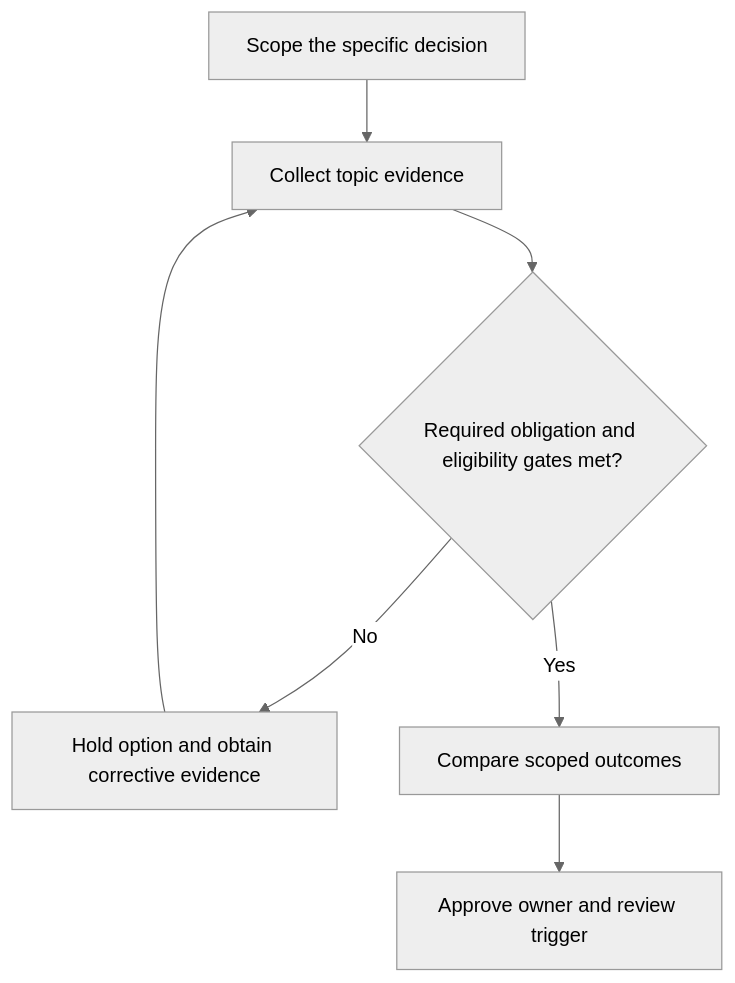
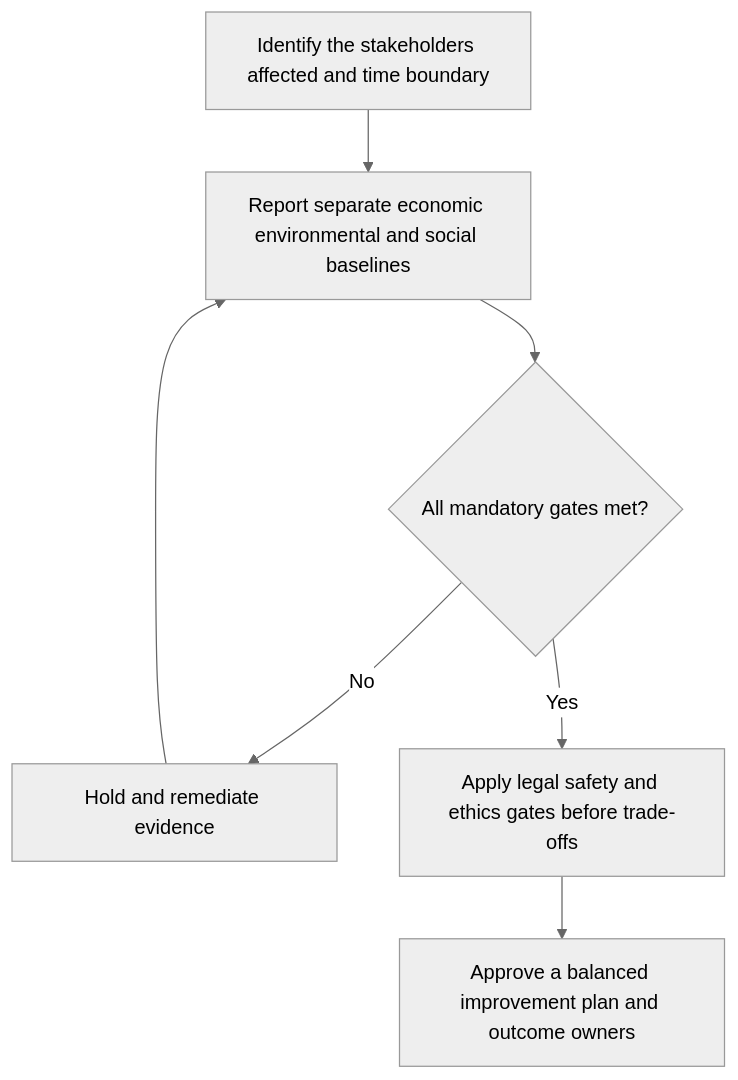
Before and after one commit to theleanx/SupplyChain-Design-Notes: the diagram in 08-optimization-sustainability-technology/section-b-sustainability/01-sustainable-supply-chains-and-triple-bottom-line.md, drawn with Mermaid (neutral theme). The commit also changed other lines of this file and 11 other files, not shown here.

````diff
--- a/08-optimization-sustainability-technology/section-b-sustainability/01-sustainable-supply-chains-and-triple-bottom-line.md
+++ b/08-optimization-sustainability-technology/section-b-sustainability/01-sustainable-supply-chains-and-triple-bottom-line.md
@@ -43,9 +43,9 @@
 ```mermaid
 flowchart TD
-    A[Scope the specific decision] --> B[Collect topic evidence]
-    B --> C{Required obligation and eligibility gates met?}
-    C -- No --> D[Hold option and obtain corrective evidence]
+    A[Identify the stakeholders affected and time boundary] --> B[Report separate economic environmental and social baselines]
+    B --> C{All mandatory gates met?}
+    C -- No --> D[Hold and remediate evidence]
     D --> B
-    C -- Yes --> E[Compare scoped outcomes]
-    E --> F[Approve owner and review trigger]
+    C -- Yes --> E[Apply legal safety and ethics gates before trade-offs]
+    E --> F[Approve a balanced improvement plan and outcome owners]
 ```
````
